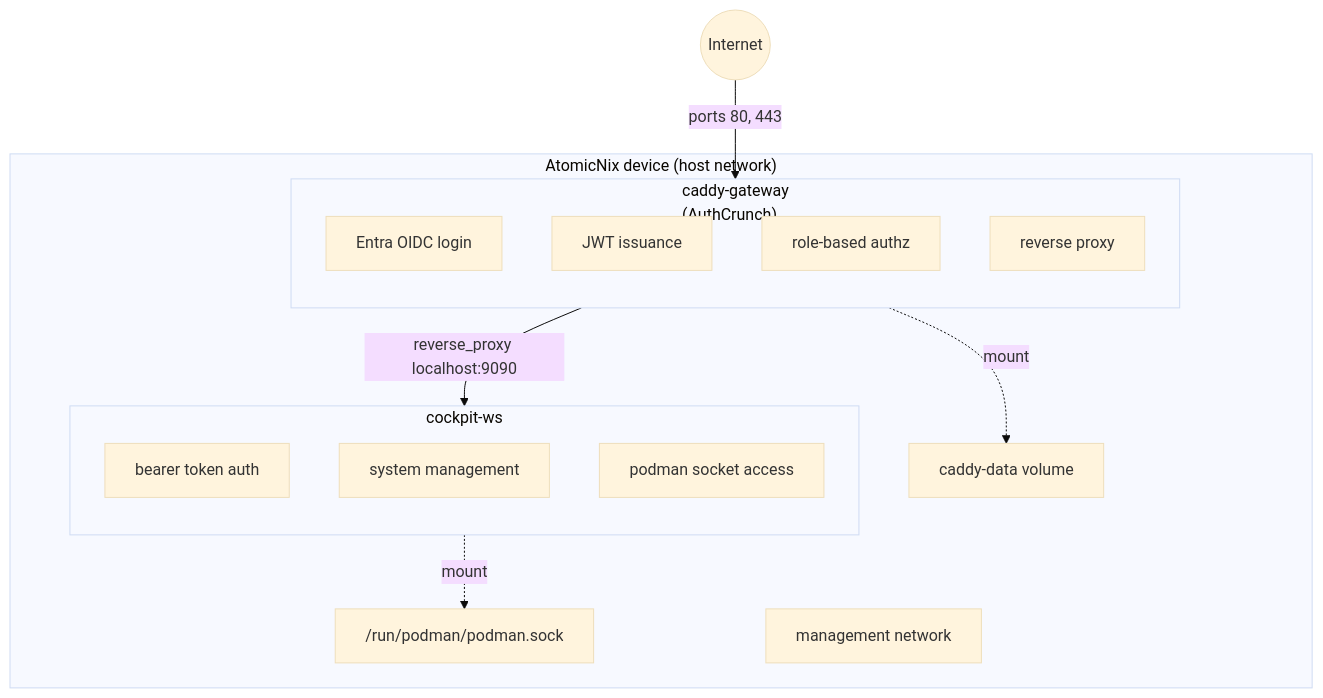
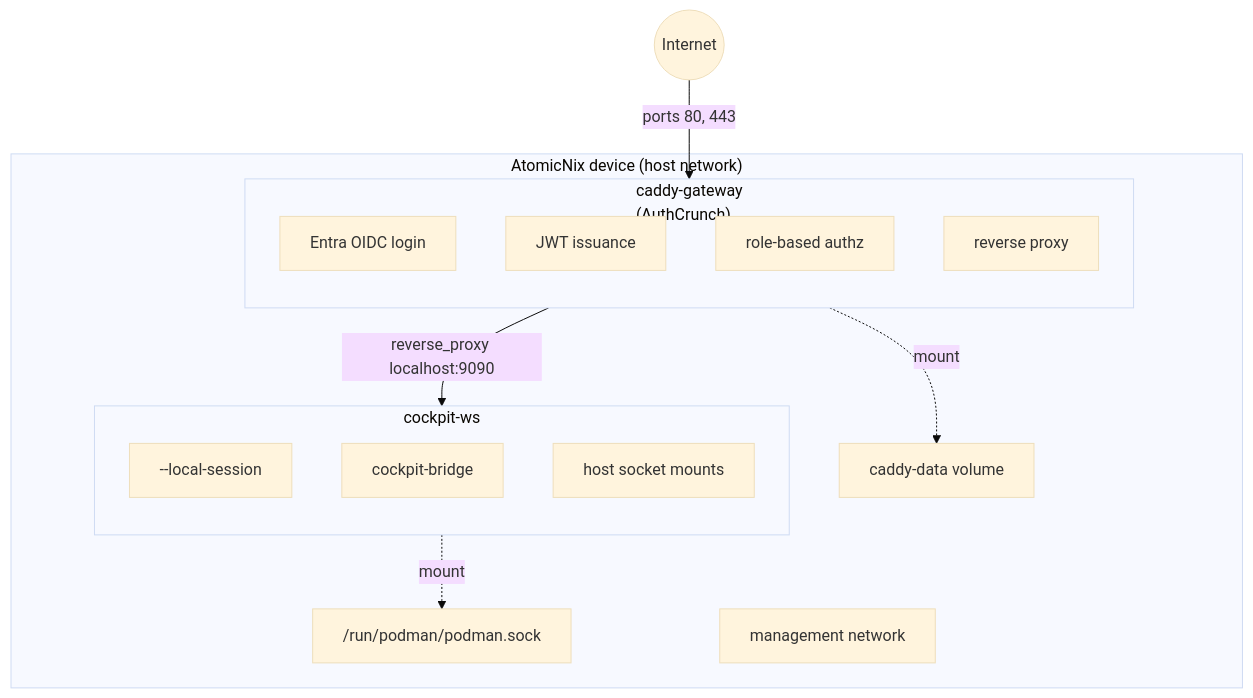
The diagram in docs/src/features/caddy-authcrunch-cockpit-tutorial/design.md (RobertDeRose/AtomicNIx), drawn with Mermaid (base theme) before and after one commit. The commit also changed other lines of this file and 10 other files, not shown here.

````diff
--- a/docs/src/features/caddy-authcrunch-cockpit-tutorial/design.md
+++ b/docs/src/features/caddy-authcrunch-cockpit-tutorial/design.md
@@ -21,29 +21,29 @@
 ```mermaid
 graph TD
     subgraph device["AtomicNix device (host network)"]
         subgraph caddy["caddy-gateway<br/>(AuthCrunch)"]
             direction TB
             c1["Entra OIDC login"]
             c2["JWT issuance"]
             c3["role-based authz"]
             c4["reverse proxy"]
         end
 
         subgraph cockpit["cockpit-ws"]
             direction TB
-            k1["bearer token auth"]
-            k2["system management"]
-            k3["podman socket access"]
+            k1["--local-session"]
+            k2["cockpit-bridge"]
+            k3["host socket mounts"]
         end
 
         caddy -- "reverse_proxy localhost:9090" --> cockpit
 
         socket["/run/podman/podman.sock"]
         caddydata["caddy-data volume"]
         mgmtnet["management network"]
     end
 
     internet((Internet)) -- "ports 80, 443" --> caddy
     cockpit -. "mount" .-> socket
     caddy -. "mount" .-> caddydata
 ```
````
